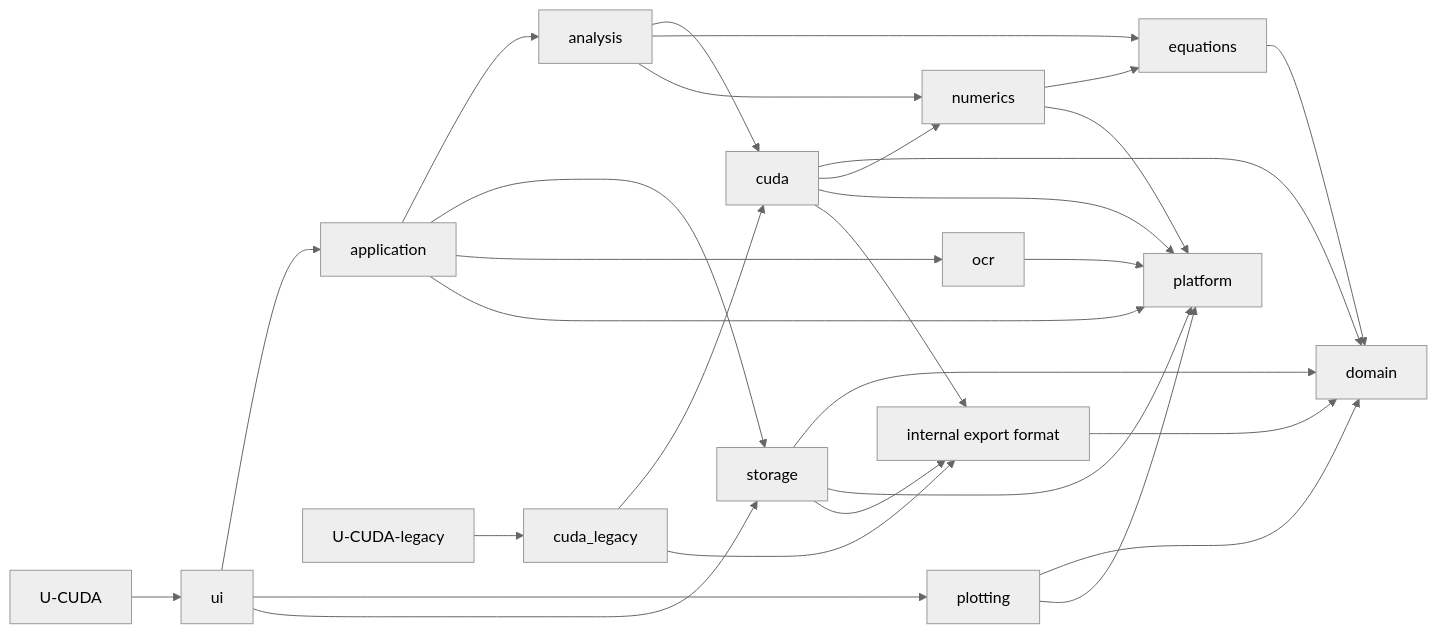
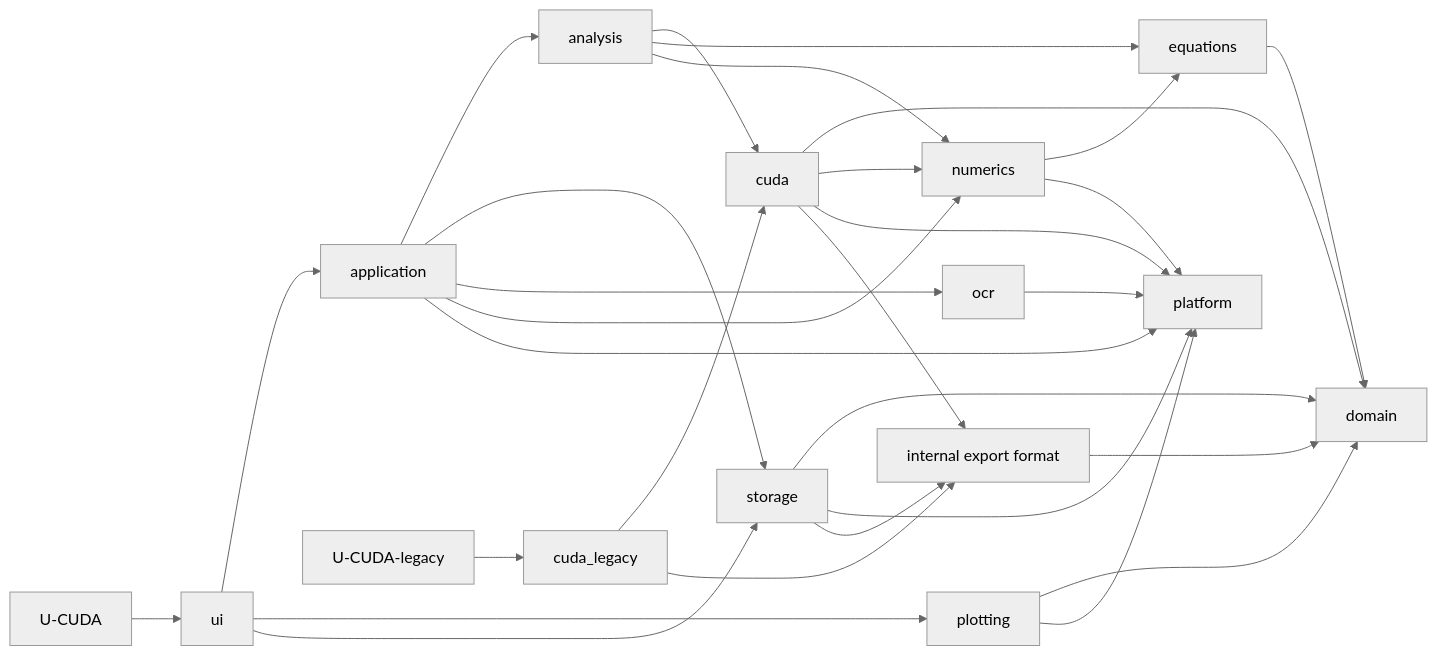
One commit to 0JASQUE0/U-CUDA changed the diagram in ARCHITECTURE.md. Above: the diagram before and after it, drawn with Mermaid (neutral theme). The commit also changed other lines of this file and 18 other files, not shown here.

````diff
--- a/ARCHITECTURE.md
+++ b/ARCHITECTURE.md
@@ -14,47 +14,48 @@
 ```mermaid
 flowchart LR
     domain[domain]
     platform[platform]
     equations[equations]
     numerics[numerics]
     exportfmt[internal export format]
     cuda[cuda]
     cudalegacy[cuda_legacy]
     analysis[analysis]
     storage[storage]
     ocr[ocr]
     application[application]
     plotting[plotting]
     ui[ui]
     desktop[U-CUDA]
     legacy[U-CUDA-legacy]
 
     equations --> domain
     numerics --> equations
     numerics --> platform
     exportfmt --> domain
     cuda --> domain
     cuda --> numerics
     cuda --> platform
     cuda --> exportfmt
     analysis --> cuda
     analysis --> equations
     analysis --> numerics
     storage --> domain
     storage --> platform
     storage --> exportfmt
     ocr --> platform
     application --> analysis
     application --> storage
     application --> ocr
+    application --> numerics
     application --> platform
     plotting --> domain
     plotting --> platform
     ui --> application
     ui --> plotting
     ui --> storage
     desktop --> ui
     cudalegacy --> cuda
     cudalegacy --> exportfmt
     legacy --> cudalegacy
 ```
````
